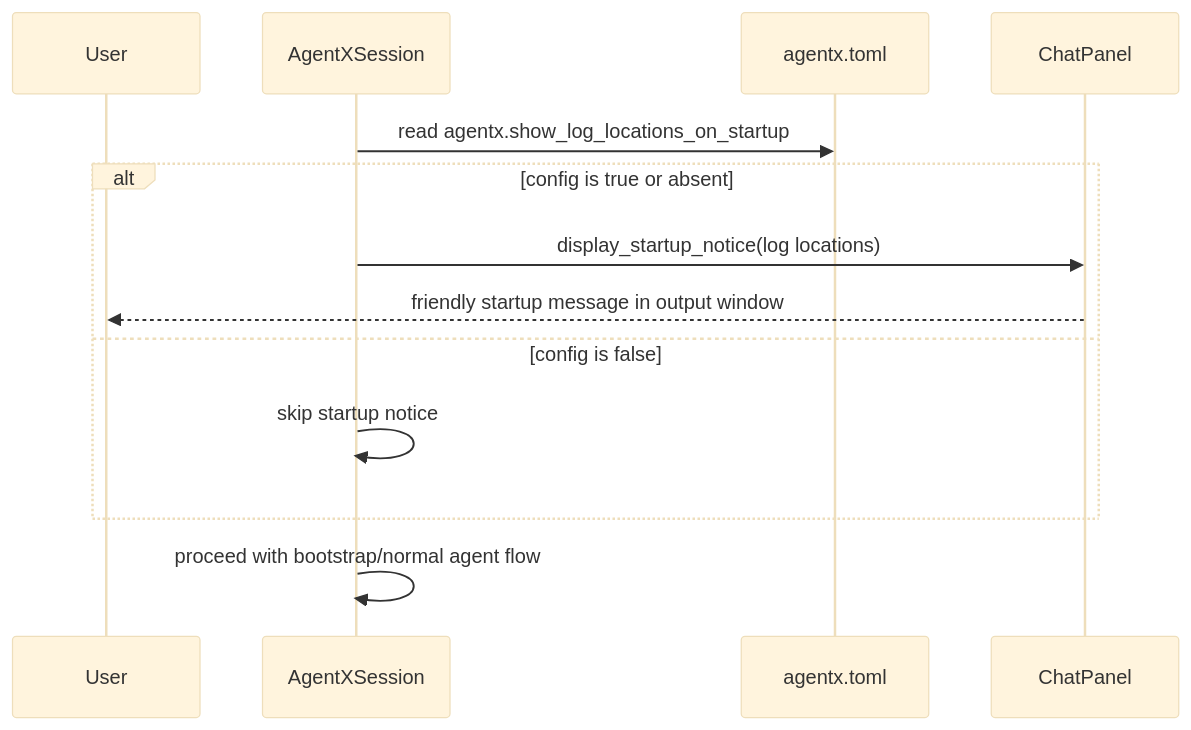
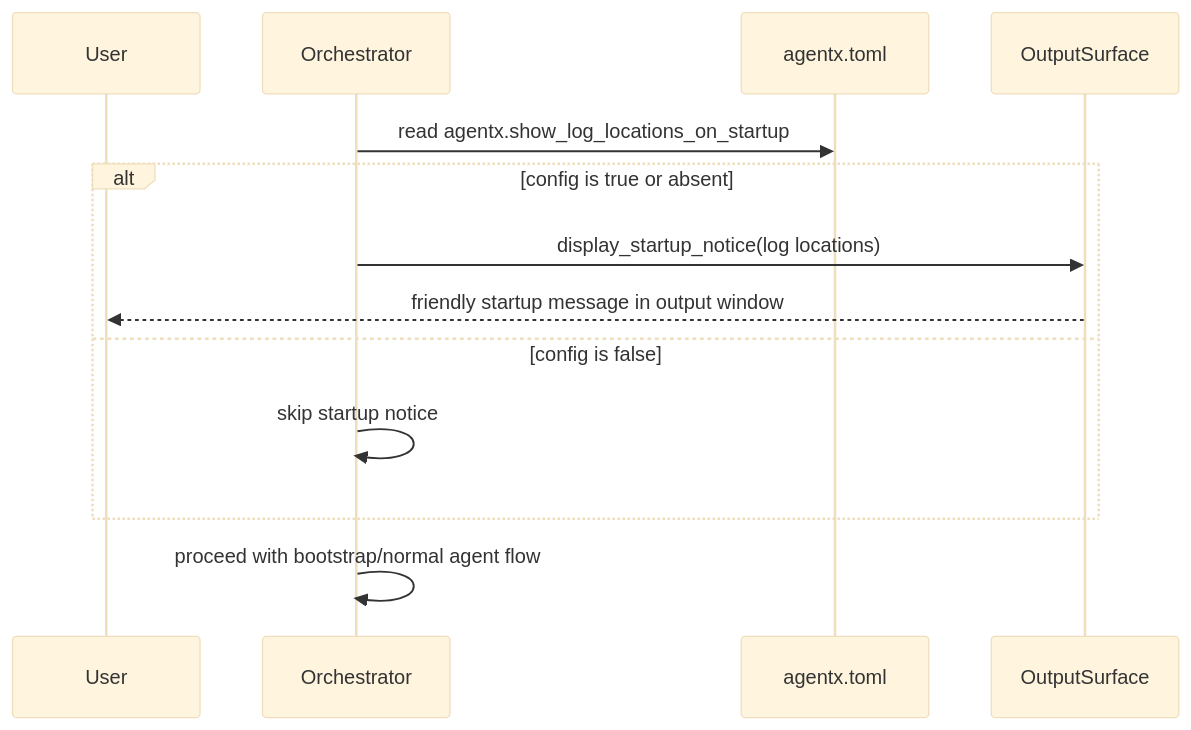
Diagram 13 of 14 in docs/ux/02_USER_FLOWS.md (matthewapeters/agentX), drawn with Mermaid (base theme) before and after one commit. The commit also changed other lines of this file and 336 other files, not shown here.

````diff
--- a/docs/ux/02_USER_FLOWS.md
+++ b/docs/ux/02_USER_FLOWS.md
@@ -391,16 +391,16 @@
 ```mermaid
 sequenceDiagram
     participant User
-    participant Session as AgentXSession
+    participant Session as Orchestrator
     participant Config as agentx.toml
-    participant Chat as ChatPanel
+    participant Chat as OutputSurface
 
     Session->>Config: read agentx.show_log_locations_on_startup
     alt config is true or absent
         Session->>Chat: display_startup_notice(log locations)
         Chat-->>User: friendly startup message in output window
     else config is false
         Session->>Session: skip startup notice
     end
     Session->>Session: proceed with bootstrap/normal agent flow
 ```
````
